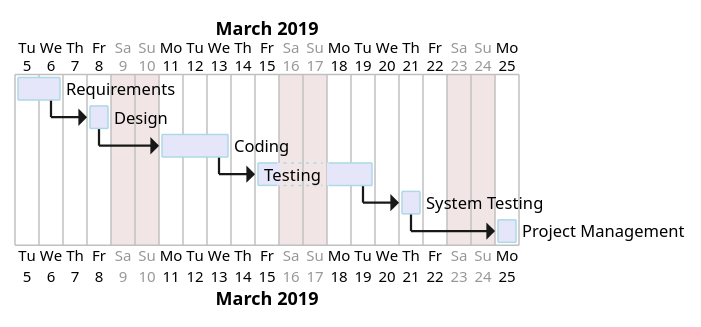
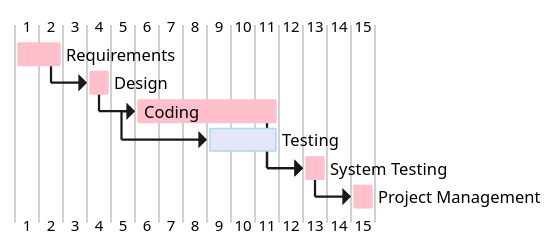
Before and after one commit to salvatore-dimartino/LaTazza: the diagram in templates/templates_EstimationTemplate.md, drawn with PlantUML.

````diff
--- a/templates/templates_EstimationTemplate.md
+++ b/templates/templates_EstimationTemplate.md
@@ -62,14 +62,11 @@
 ```plantuml
 @startgantt
-project starts the 2019/03/5
-sunday are closed
-saturday are closed
-[Requirements] lasts 2 days and is colored in Lavender/LightBlue
-[Design] lasts 1 days and starts 1 days after [Requirements]'s end and is colored in Lavender/LightBlue
-[Coding] lasts 3 days and starts 1 days after [Design]'s end and is colored in Lavender/LightBlue
-[Testing] lasts 3 days and starts 1 days after [Coding]'s end and is colored in Lavender/LightBlue
-[System Testing] lasts 1 days and starts 1 days after [Testing]'s end and is colored in Lavender/LightBlue
-[Project Management] lasts 1 days and starts 1 days after [System Testing]'s end and is colored in Lavender/LightBlue
-
+[Requirements] lasts 2 days and is colored in Pink
+[Design] lasts 1 days and starts 1 days after [Requirements]'s end and is colored in Pink
+[Coding] lasts 6 days and starts 1 days after [Design]'s end and is colored in Pink
+[Testing] lasts 3 days and starts 3 days after [Coding]'s start and is colored in Lavender/LightBlue
+[System Testing] lasts 1 days and starts 1 days after [Coding]'s end and is colored in Pink
+[Project Management] lasts 1 days and starts 1 days after [System Testing]'s end and is colored in Pink
+[System Testing] starts 1 days after [Testing]'s end and is colored in Pink
 @endgantt
 ```
````
